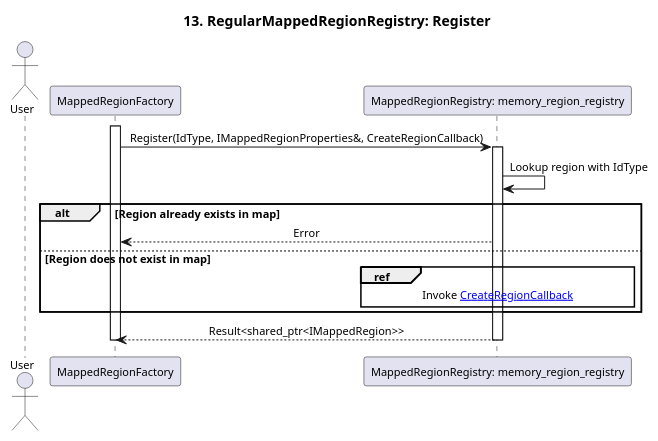
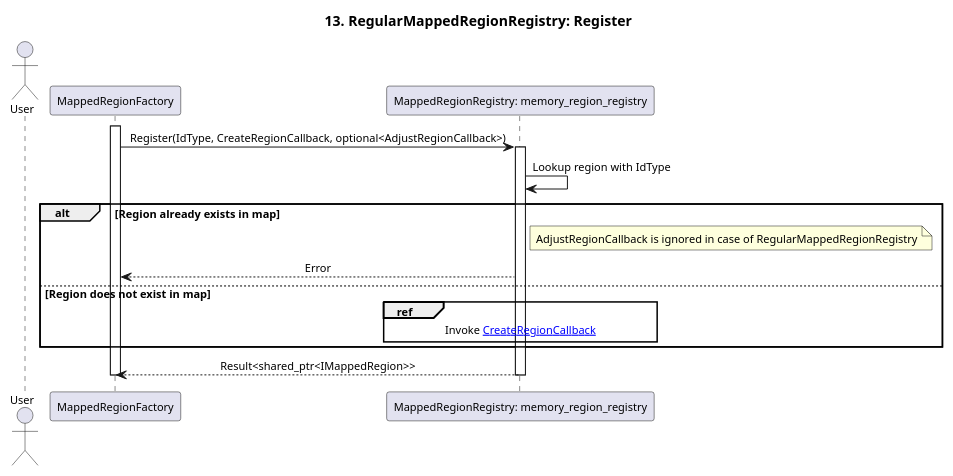
The diagram in score/memory/shared/design/redesign_proposal/assets/seq_13_regular_mapped_region_registry_register.puml (eclipse-score/communication), drawn with PlantUML before and after one commit. The commit also changed 7 other files, not shown here.

Commit message:
Adapt sequences, class diagram and extended README.md

```diff
--- a/score/memory/shared/design/redesign_proposal/assets/seq_13_regular_mapped_region_registry_register.puml
+++ b/score/memory/shared/design/redesign_proposal/assets/seq_13_regular_mapped_region_registry_register.puml
@@ -1,31 +1,34 @@
 @startuml seq_13_regular_mapped_region_registry_register
 title 13. RegularMappedRegionRegistry: Register
 skinparam defaultFontSize 11
 skinparam sequenceMessageAlign center
 
 actor "User" as User
 participant "MappedRegionFactory" as memory_region_factory
 participant "MappedRegionRegistry: memory_region_registry" as memory_region_registry
 
 activate memory_region_factory
 
-memory_region_factory -> memory_region_registry : Register(IdType, IMappedRegionProperties&, CreateRegionCallback)
+memory_region_factory -> memory_region_registry : Register(IdType, CreateRegionCallback, optional<AdjustRegionCallback>)
 activate memory_region_registry
 
 memory_region_registry -> memory_region_registry : Lookup region with IdType
 
 alt Region already exists in map
+    note right of memory_region_registry
+        AdjustRegionCallback is ignored in case of RegularMappedRegionRegistry
+    end note
     memory_region_registry --> memory_region_factory : Error
 else Region does not exist in map
     ref over memory_region_registry
         Invoke [[./seq_17_posix_named_mapped_region_create_callback.puml CreateRegionCallback]]
     end ref
 end
 
 memory_region_registry --> memory_region_factory : Result<shared_ptr<IMappedRegion>>
 deactivate memory_region_registry
 
 deactivate memory_region_factory
 deactivate User
 
 @enduml
```
